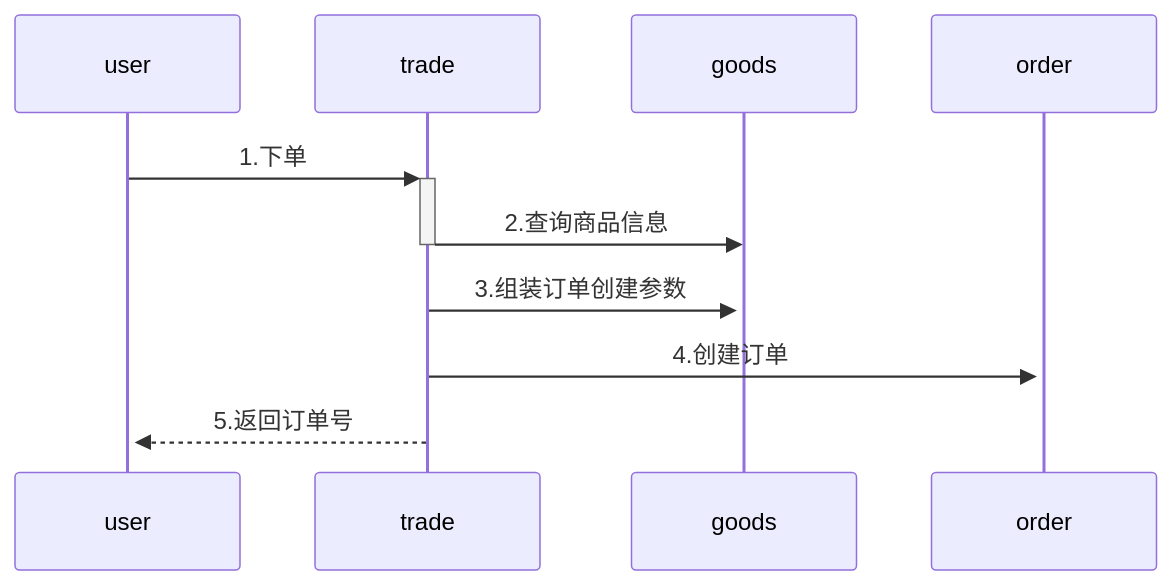
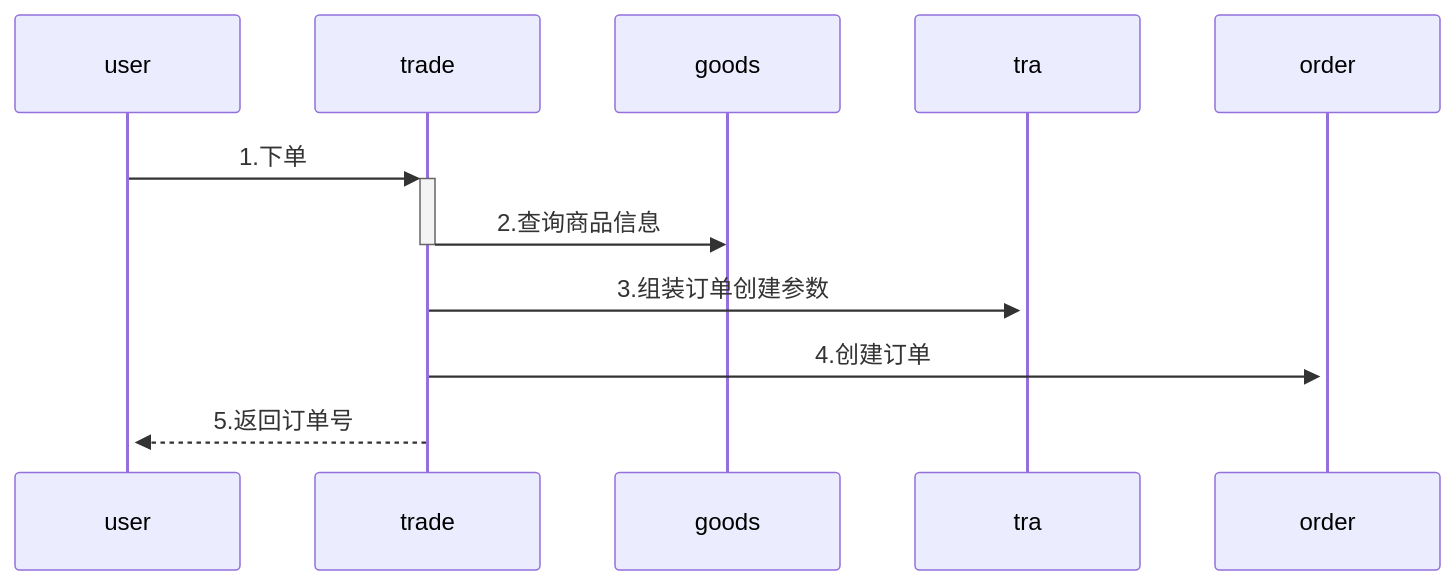
Before and after one commit to yingjianzh/iodraw-files: the diagram in all/未命名-6.md, drawn with Mermaid.

Commit message:
2024-08-19 15:10:41 update

````diff
--- a/all/未命名-6.md
+++ b/all/未命名-6.md
@@ -1,8 +1,8 @@
 ```mermaid
 sequenceDiagram
     user->>+trade: 1.下单
     trade->>-goods: 2.查询商品信息
-    trade->>+goods: 3.组装订单创建参数
+    trade->>+tra: 3.组装订单创建参数
     trade->>+order: 4.创建订单
     trade-->>+user: 5.返回订单号
 ```
````
